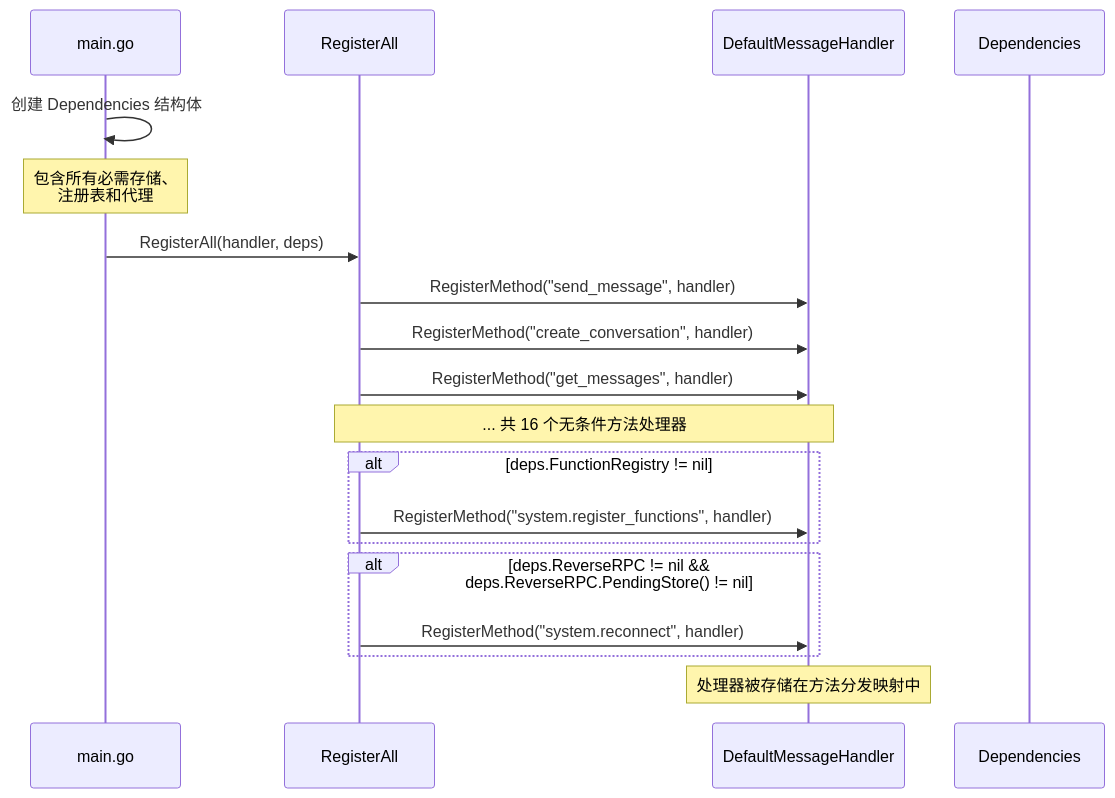
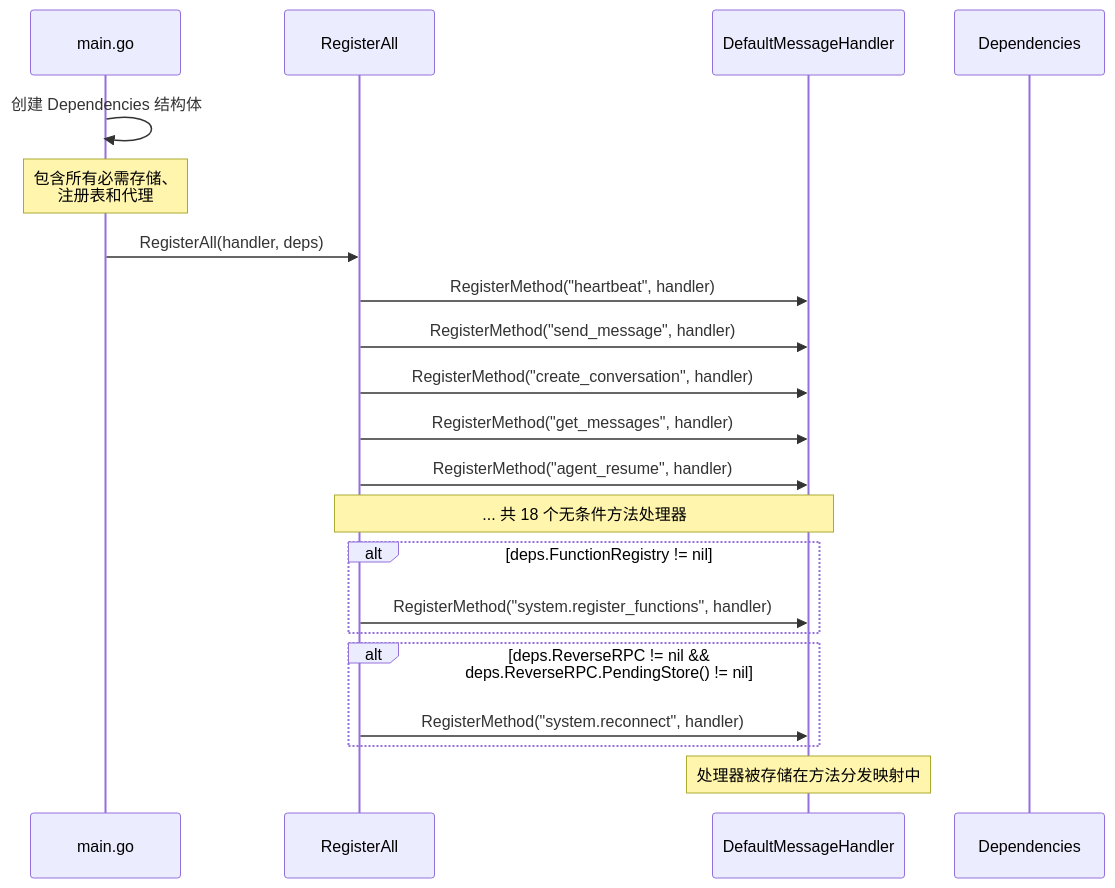
Before and after one commit to PineappleBond/xyncra-server: the seventh of 8 diagrams in wiki/flows/client-registration.md, drawn with Mermaid. The commit also changed other lines of this file and 21 other files, not shown here.

````diff
--- a/wiki/flows/client-registration.md
+++ b/wiki/flows/client-registration.md
@@ -558,27 +561,29 @@
 ```mermaid
 sequenceDiagram
     participant M as main.go
     participant RH as RegisterAll
     participant MH as DefaultMessageHandler
     participant Deps as Dependencies
 
     M->>M: 创建 Dependencies 结构体
     Note over M: 包含所有必需存储、<br/>注册表和代理
 
     M->>RH: RegisterAll(handler, deps)
 
+    RH->>MH: RegisterMethod("heartbeat", handler)
     RH->>MH: RegisterMethod("send_message", handler)
     RH->>MH: RegisterMethod("create_conversation", handler)
     RH->>MH: RegisterMethod("get_messages", handler)
-    Note over RH,MH: ... 共 16 个无条件方法处理器
+    RH->>MH: RegisterMethod("agent_resume", handler)
+    Note over RH,MH: ... 共 18 个无条件方法处理器
 
     alt deps.FunctionRegistry != nil
         RH->>MH: RegisterMethod("system.register_functions", handler)
     end
 
     alt deps.ReverseRPC != nil && deps.ReverseRPC.PendingStore() != nil
         RH->>MH: RegisterMethod("system.reconnect", handler)
     end
 
     Note over MH: 处理器被存储在方法分发映射中
 ```
````
